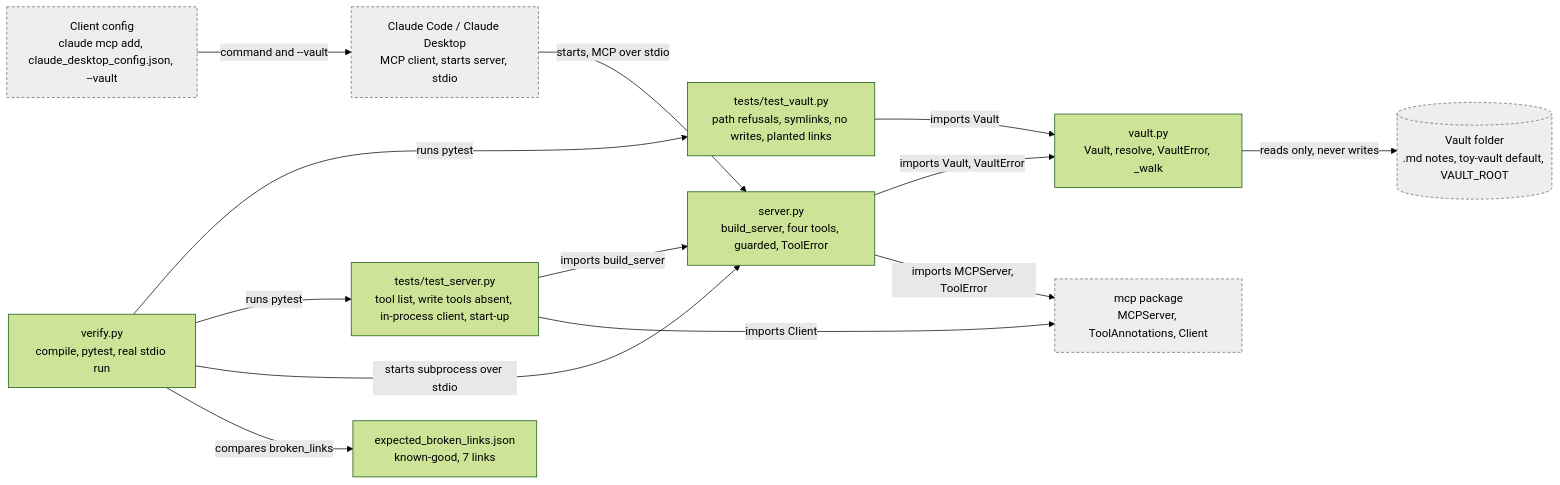
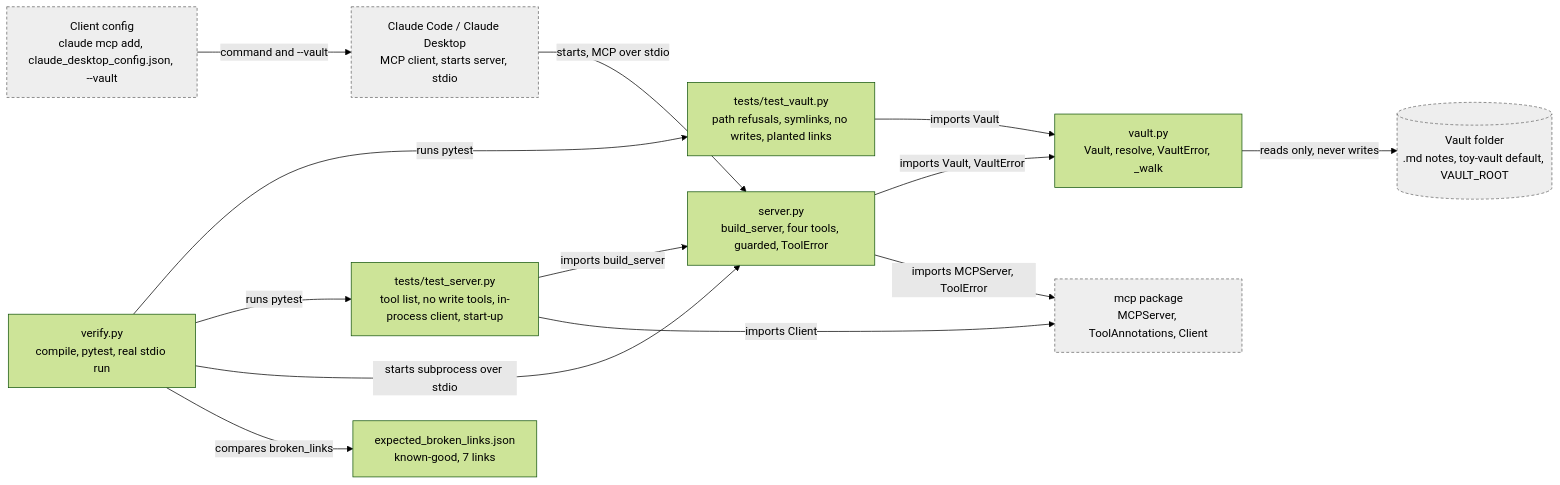
Before and after one commit to batutho-dot/vault-mcp: the first of 2 diagrams in docs/architecture.md, drawn with Mermaid (forest theme). The commit also changed other lines of this file and 2 other files, not shown here.

````diff
--- a/docs/architecture.md
+++ b/docs/architecture.md
@@ -12,29 +7,29 @@
 ```mermaid
 flowchart LR
     config["Client config<br/>claude mcp add, claude_desktop_config.json, --vault"]
     client["Claude Code / Claude Desktop<br/>MCP client, starts server, stdio"]
     server["server.py<br/>build_server, four tools, guarded, ToolError"]
     vault["vault.py<br/>Vault, resolve, VaultError, _walk"]
     folder[("Vault folder<br/>.md notes, toy-vault default, VAULT_ROOT")]
     mcp["mcp package<br/>MCPServer, ToolAnnotations, Client"]
     tv["tests/test_vault.py<br/>path refusals, symlinks, no writes, planted links"]
-    ts["tests/test_server.py<br/>tool list, write tools absent, in-process client, start-up"]
+    ts["tests/test_server.py<br/>tool list, no write tools, in-process client, start-up"]
     ver["verify.py<br/>compile, pytest, real stdio run"]
     exp["expected_broken_links.json<br/>known-good, 7 links"]
 
     config -->|"command and --vault"| client
     client -->|"starts, MCP over stdio"| server
     server -->|"imports Vault, VaultError"| vault
     server -->|"imports MCPServer, ToolError"| mcp
     vault -->|"reads only, never writes"| folder
     tv -->|"imports Vault"| vault
     ts -->|"imports build_server"| server
     ts -->|"imports Client"| mcp
     ver -->|"runs pytest"| tv
     ver -->|"runs pytest"| ts
     ver -->|"starts subprocess over stdio"| server
     ver -->|"compares broken_links"| exp
 
     classDef outside fill:#eee,stroke:#666,stroke-dasharray: 4 3,color:#000
     class config,client,folder,mcp outside
 ```
````
